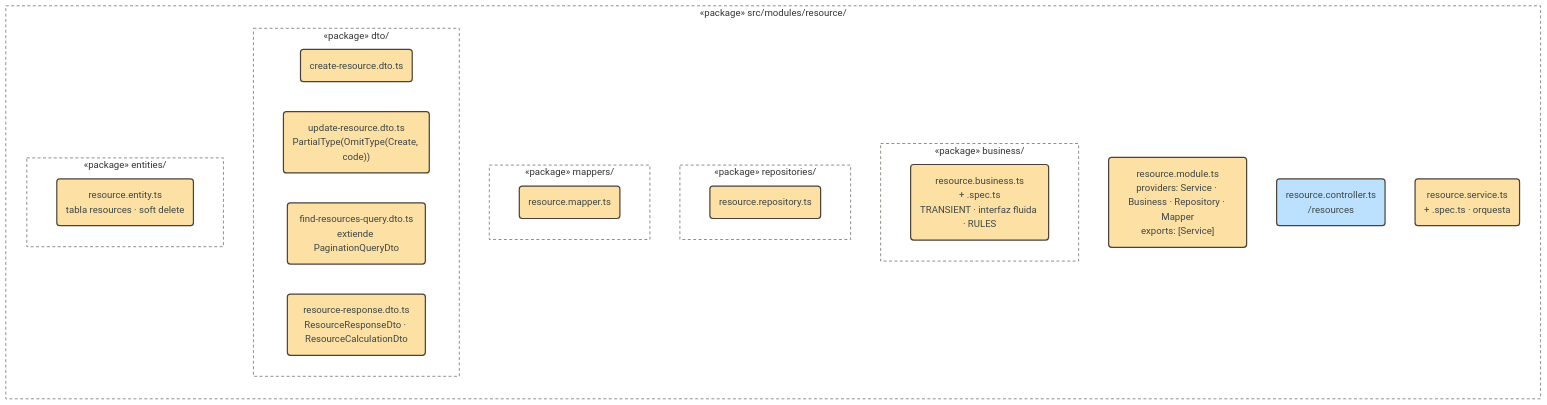
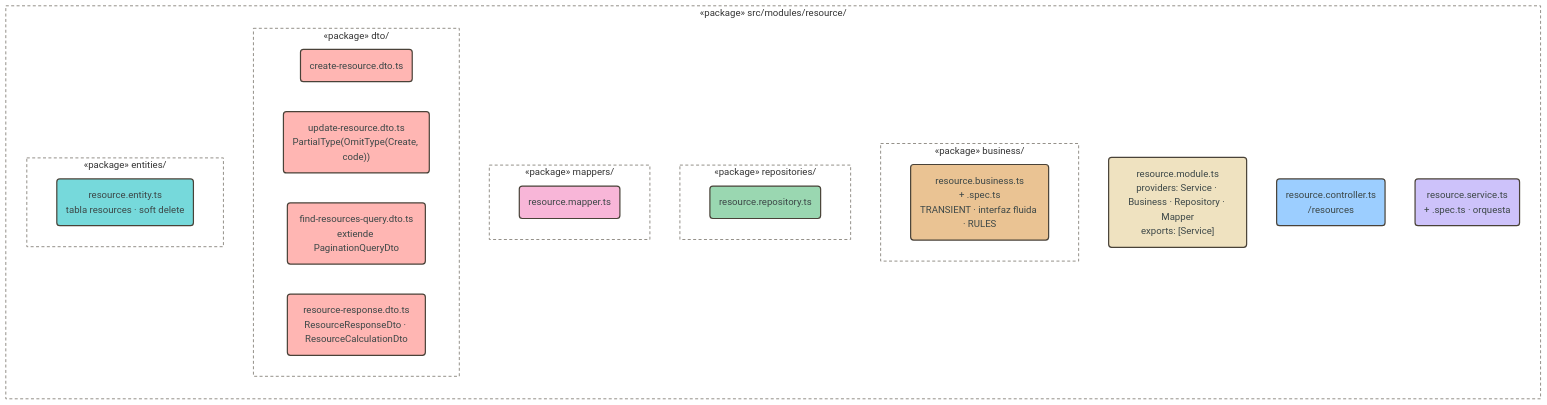
Before and after one commit to pcarroza91/nest-template: the fourth of 19 diagrams in docs/architecture.md, drawn with Mermaid. The commit also changed other lines of this file and 2 other files, not shown here.

First line of the commit message:
docs(architecture): colores por capa y componente en los diagramas Mermaid

````diff
--- a/docs/architecture.md
+++ b/docs/architecture.md
@@ -139,34 +149,46 @@
 ```mermaid
 flowchart LR
     subgraph RESF["«package» src/modules/resource/"]
         F1("resource.module.ts<br/>providers: Service · Business · Repository · Mapper<br/>exports: [Service]")
         F2("resource.controller.ts<br/>/resources")
         F3("resource.service.ts<br/>+ .spec.ts · orquesta")
         subgraph FB["«package» business/"]
             F4("resource.business.ts<br/>+ .spec.ts<br/>TRANSIENT · interfaz fluida · RULES")
         end
         subgraph FR["«package» repositories/"]
             F5("resource.repository.ts")
         end
         subgraph FM["«package» mappers/"]
             F6("resource.mapper.ts")
         end
         subgraph FD["«package» dto/"]
             F7("create-resource.dto.ts")
             F8("update-resource.dto.ts<br/>PartialType(OmitType(Create, code))")
             F9("find-resources-query.dto.ts<br/>extiende PaginationQueryDto")
             F10("resource-response.dto.ts<br/>ResourceResponseDto · ResourceCalculationDto")
         end
         subgraph FE["«package» entities/"]
             F11("resource.entity.ts<br/>tabla resources · soft delete")
         end
     end
 
-    classDef entry fill:#bce1ff,stroke:#494238,stroke-width:2px,color:#3c4747
-    classDef domain fill:#fde0a3,stroke:#494238,stroke-width:2px,color:#3c4747
+    classDef modules fill:#efe2c0,stroke:#494238,stroke-width:2px,color:#3c4747
+    classDef controller fill:#9cceff,stroke:#494238,stroke-width:2px,color:#3c4747
+    classDef service fill:#cdc2fa,stroke:#494238,stroke-width:2px,color:#3c4747
+    classDef business fill:#eac393,stroke:#494238,stroke-width:2px,color:#3c4747
+    classDef repository fill:#9ad7b1,stroke:#494238,stroke-width:2px,color:#3c4747
+    classDef entity fill:#76d9db,stroke:#494238,stroke-width:2px,color:#3c4747
+    classDef mapper fill:#f8b6d8,stroke:#494238,stroke-width:2px,color:#3c4747
+    classDef models fill:#ffb6b3,stroke:#494238,stroke-width:2px,color:#3c4747
     classDef pkg fill:transparent,stroke:#8a857d,stroke-width:1.5px,stroke-dasharray:5 4
-    class F2 entry
-    class F1,F3,F4,F5,F6,F7,F8,F9,F10,F11 domain
+    class F1 modules
+    class F2 controller
+    class F3 service
+    class F4 business
+    class F5 repository
+    class F11 entity
+    class F6 mapper
+    class F7,F8,F9,F10 models
     class RESF,FB,FR,FM,FD,FE pkg
     linkStyle default stroke-dasharray:6 4
 ```
````
